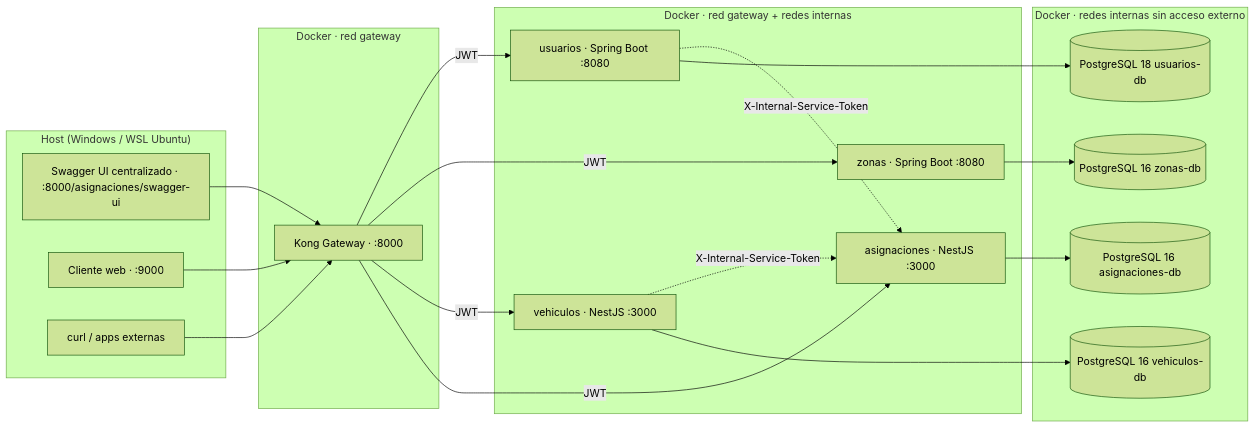
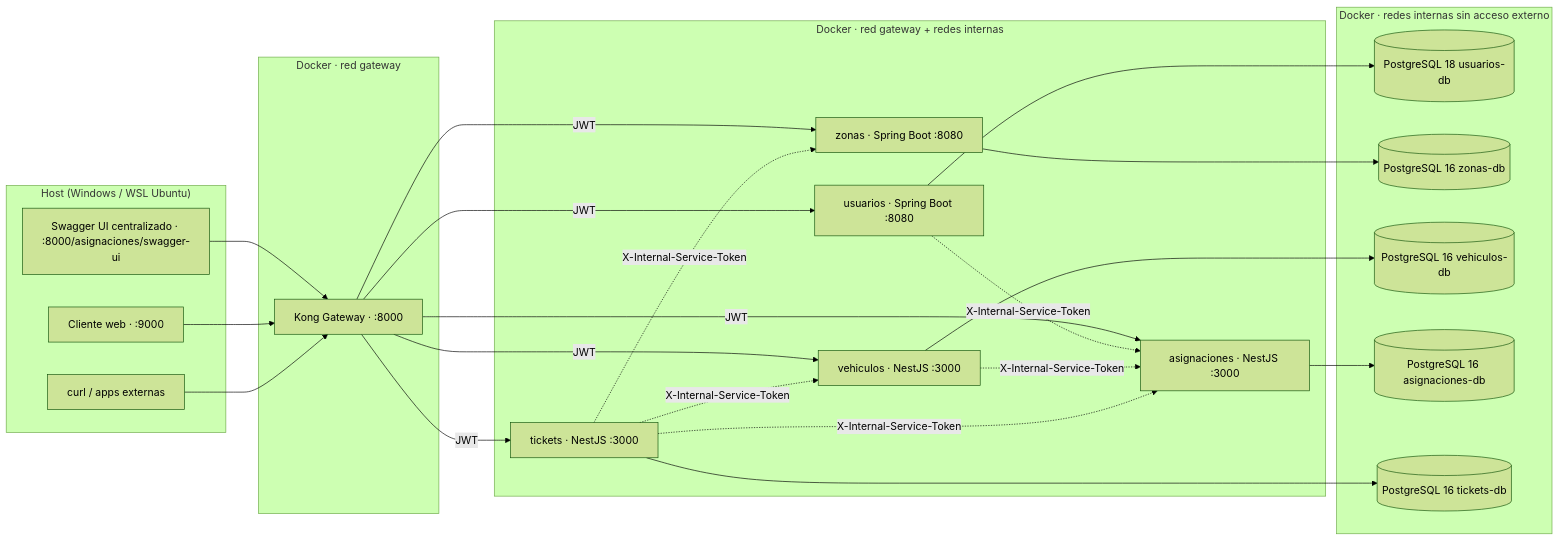
The first of 8 diagrams in README.md (AMVMesias/Distribuidas-PC2), drawn with Mermaid (forest theme) before and after one commit. The commit also changed other lines of this file and 69 other files, not shown here.

````diff
--- a/README.md
+++ b/README.md
@@ -76,40 +76,47 @@
 ```mermaid
 flowchart LR
     subgraph Host["Host (Windows / WSL Ubuntu)"]
         Swagger["Swagger UI centralizado · :8000/asignaciones/swagger-ui"]
         Browser["Cliente web · :9000"]
         Curl["curl / apps externas"]
     end
 
     subgraph GW["Docker · red gateway"]
         Kong["Kong Gateway · :8000"]
     end
 
     subgraph BE["Docker · red gateway + redes internas"]
         Usuarios["usuarios · Spring Boot :8080"]
         Zonas["zonas · Spring Boot :8080"]
         Vehiculos["vehiculos · NestJS :3000"]
         Asignaciones["asignaciones · NestJS :3000"]
+        Tickets["tickets · NestJS :3000"]
     end
 
     subgraph DB["Docker · redes internas sin acceso externo"]
         DbU[("PostgreSQL 18 usuarios-db")]
         DbZ[("PostgreSQL 16 zonas-db")]
         DbV[("PostgreSQL 16 vehiculos-db")]
         DbA[("PostgreSQL 16 asignaciones-db")]
+        DbT[("PostgreSQL 16 tickets-db")]
     end
 
     Swagger --> Kong
     Browser --> Kong
     Curl --> Kong
     Kong -->|JWT| Usuarios
     Kong -->|JWT| Zonas
     Kong -->|JWT| Vehiculos
     Kong -->|JWT| Asignaciones
+    Kong -->|JWT| Tickets
     Usuarios -.->|X-Internal-Service-Token| Asignaciones
     Vehiculos -.->|X-Internal-Service-Token| Asignaciones
+    Tickets -.->|X-Internal-Service-Token| Vehiculos
+    Tickets -.->|X-Internal-Service-Token| Asignaciones
+    Tickets -.->|X-Internal-Service-Token| Zonas
     Usuarios --> DbU
     Zonas --> DbZ
     Vehiculos --> DbV
     Asignaciones --> DbA
+    Tickets --> DbT
 ```
````
